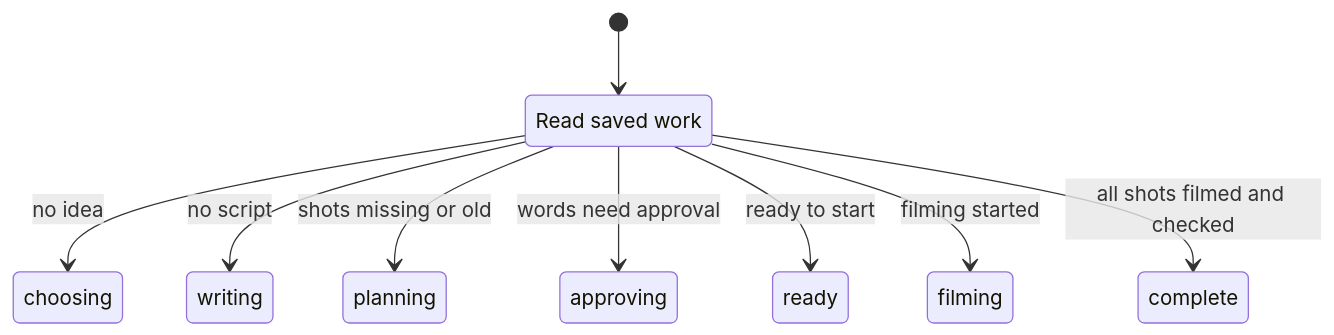
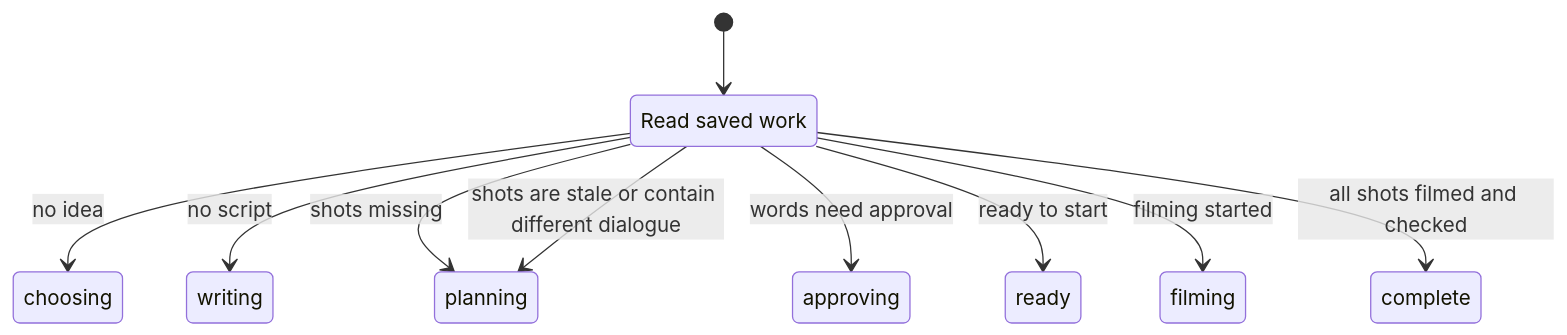
The first of 15 diagrams in docs/state-machines.md (prateekranka/instaContentHelper), drawn with Mermaid before and after one commit. The commit also changed other lines of this file and 6 other files, not shown here.

````diff
--- a/docs/state-machines.md
+++ b/docs/state-machines.md
@@ -27,12 +27,13 @@
 ```mermaid
 stateDiagram-v2
     state "Read saved work" as workChanged
     [*] --> workChanged
     workChanged --> choosing: no idea
     workChanged --> writing: no script
-    workChanged --> planning: shots missing or old
+    workChanged --> planning: shots missing
     workChanged --> approving: words need approval
+    workChanged --> planning: shots are stale or contain different dialogue
     workChanged --> ready: ready to start
     workChanged --> filming: filming started
     workChanged --> complete: all shots filmed and checked
 ```
````
